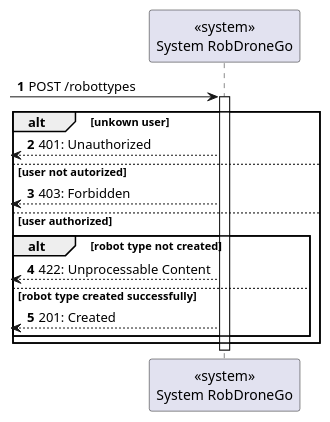
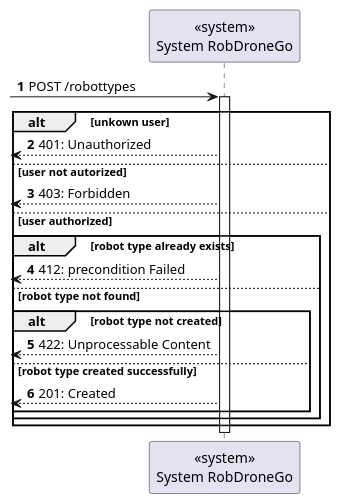
One commit to Departamento-de-Engenharia-Informatica/lapr5-23-24-g19 changed the diagram in docs/us350/level1/process-view.puml. Above: the diagram before and after it, drawn with PlantUML. The commit also changed 51 other files, not shown here.

Commit message:
docs(us270,280,290,310,350,380): updated response code "404: Not found"

```diff
--- a/docs/us350/level1/process-view.puml
+++ b/docs/us350/level1/process-view.puml
@@ -1,26 +1,30 @@
 @startuml
 autonumber
 
 
 participant "<<system>>\nSystem RobDroneGo" as sys
 
 
     [-> sys: POST /robottypes
 
     activate sys
     alt unkown user
         [<-- sys : 401: Unauthorized
     else user not autorized
         [<-- sys : 403: Forbidden
     else user authorized
+    alt robot type already exists
+        [<-- sys: 412: precondition Failed
+    else robot type not found
         alt robot type not created
             [<-- sys : 422: Unprocessable Content
         else robot type created successfully
             [<-- sys : 201: Created
+            end
         end
     end
 
     deactivate sys
 
 
 @enduml
```
